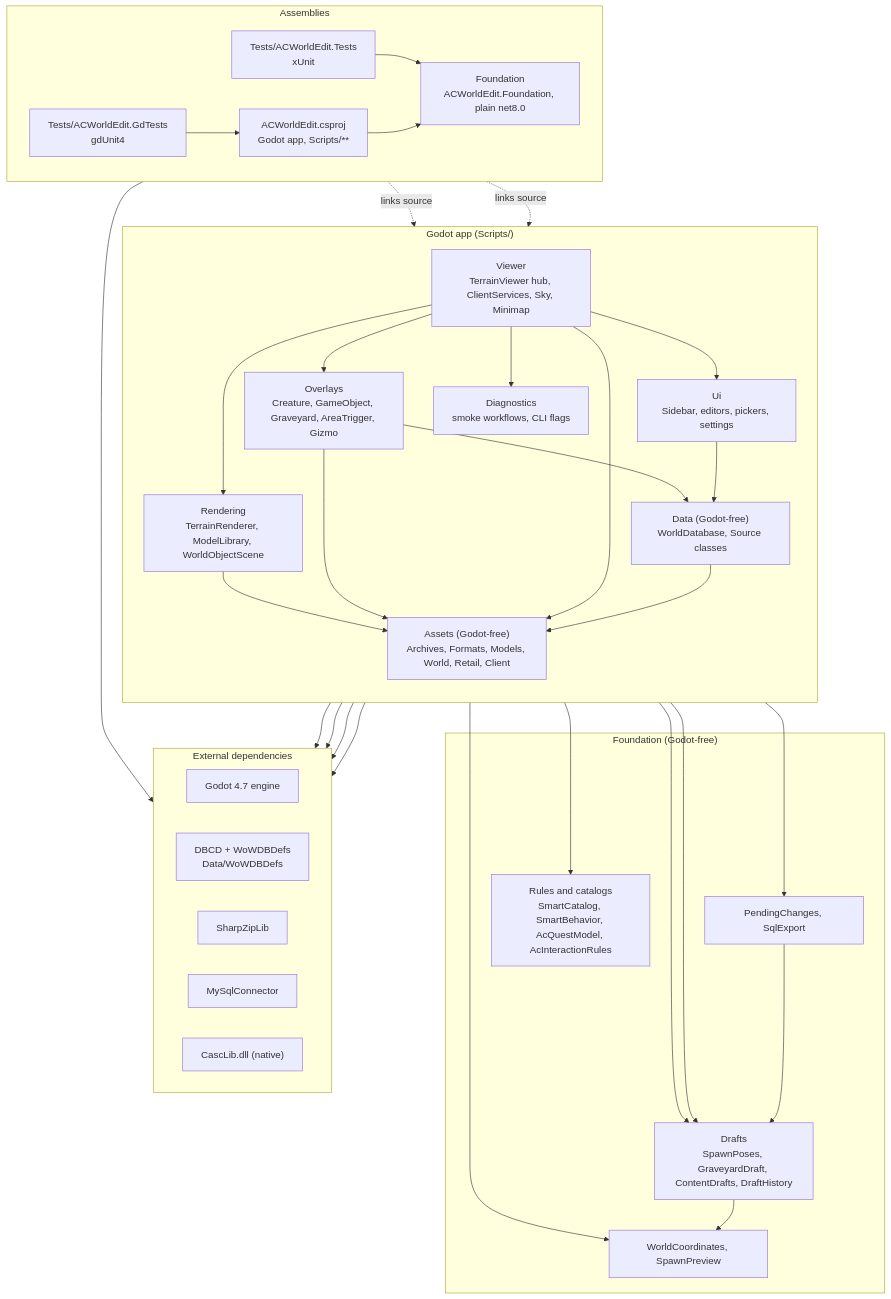
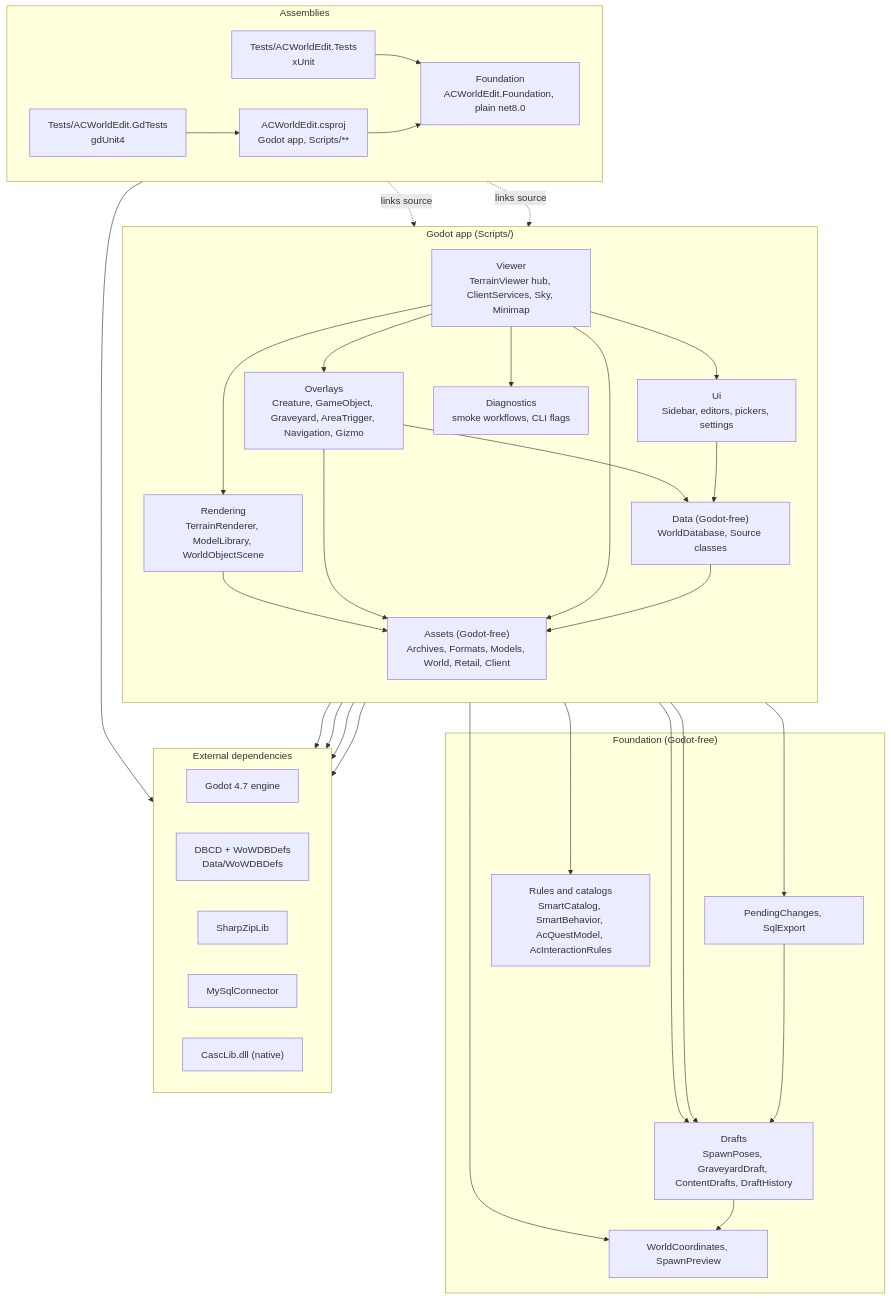
The second of 2 diagrams in docs/ARCHITECTURE.md (glitterfartz/ac-world-edit), drawn with Mermaid before and after one commit. The commit also changed other lines of this file and 16 other files, not shown here.

````diff
--- a/docs/ARCHITECTURE.md
+++ b/docs/ARCHITECTURE.md
@@ -40,65 +40,65 @@
 ```mermaid
 flowchart TB
     subgraph Assemblies
         direction LR
         app["ACWorldEdit.csproj<br/>Godot app, Scripts/**"]
         fdn["Foundation<br/>ACWorldEdit.Foundation, plain net8.0"]
         tests["Tests/ACWorldEdit.Tests<br/>xUnit"]
         gd["Tests/ACWorldEdit.GdTests<br/>gdUnit4"]
     end
 
     subgraph Godot_app["Godot app (Scripts/)"]
         direction TB
         viewer["Viewer<br/>TerrainViewer hub, ClientServices, Sky, Minimap"]
         render["Rendering<br/>TerrainRenderer, ModelLibrary, WorldObjectScene"]
-        overlays["Overlays<br/>Creature, GameObject, Graveyard, AreaTrigger, Gizmo"]
+        overlays["Overlays<br/>Creature, GameObject, Graveyard, AreaTrigger, Navigation, Gizmo"]
         ui["Ui<br/>Sidebar, editors, pickers, settings"]
         diag["Diagnostics<br/>smoke workflows, CLI flags"]
         data["Data (Godot-free)<br/>WorldDatabase, Source classes"]
         assets["Assets (Godot-free)<br/>Archives, Formats, Models, World, Retail, Client"]
     end
 
     subgraph Shared_logic["Foundation (Godot-free)"]
         drafts["Drafts<br/>SpawnPoses, GraveyardDraft, ContentDrafts, DraftHistory"]
         export["PendingChanges, SqlExport"]
         rules["Rules and catalogs<br/>SmartCatalog, SmartBehavior, AcQuestModel, AcInteractionRules"]
         coords["WorldCoordinates, SpawnPreview"]
     end
 
     subgraph External["External dependencies"]
         direction LR
         godot["Godot 4.7 engine"]
         dbcd["DBCD + WoWDBDefs<br/>Data/WoWDBDefs"]
         sharpzip["SharpZipLib"]
         mysql["MySqlConnector"]
         casc["CascLib.dll (native)"]
     end
 
     viewer --> render
     viewer --> overlays
     viewer --> ui
     viewer --> diag
     overlays --> data
     overlays --> drafts
     ui --> drafts
     ui --> data
     viewer --> export
     render --> assets
     overlays --> assets
     viewer --> assets
     data --> assets
     data --> rules
     data --> coords
     drafts --> coords
     export --> drafts
     app --> godot
     assets --> dbcd
     assets --> sharpzip
     assets --> casc
     data --> mysql
     tests -. links source .-> assets
     tests -. links source .-> data
     tests --> fdn
     gd --> app
     app --> fdn
 ```
````
